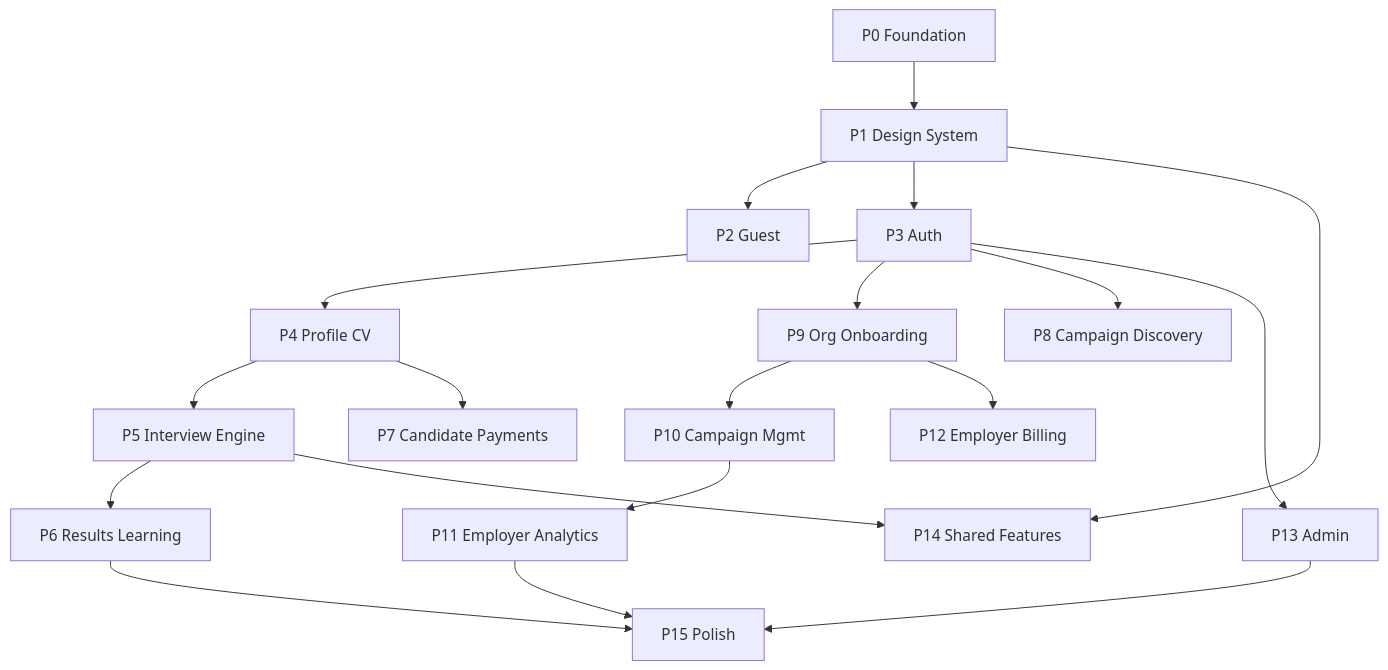
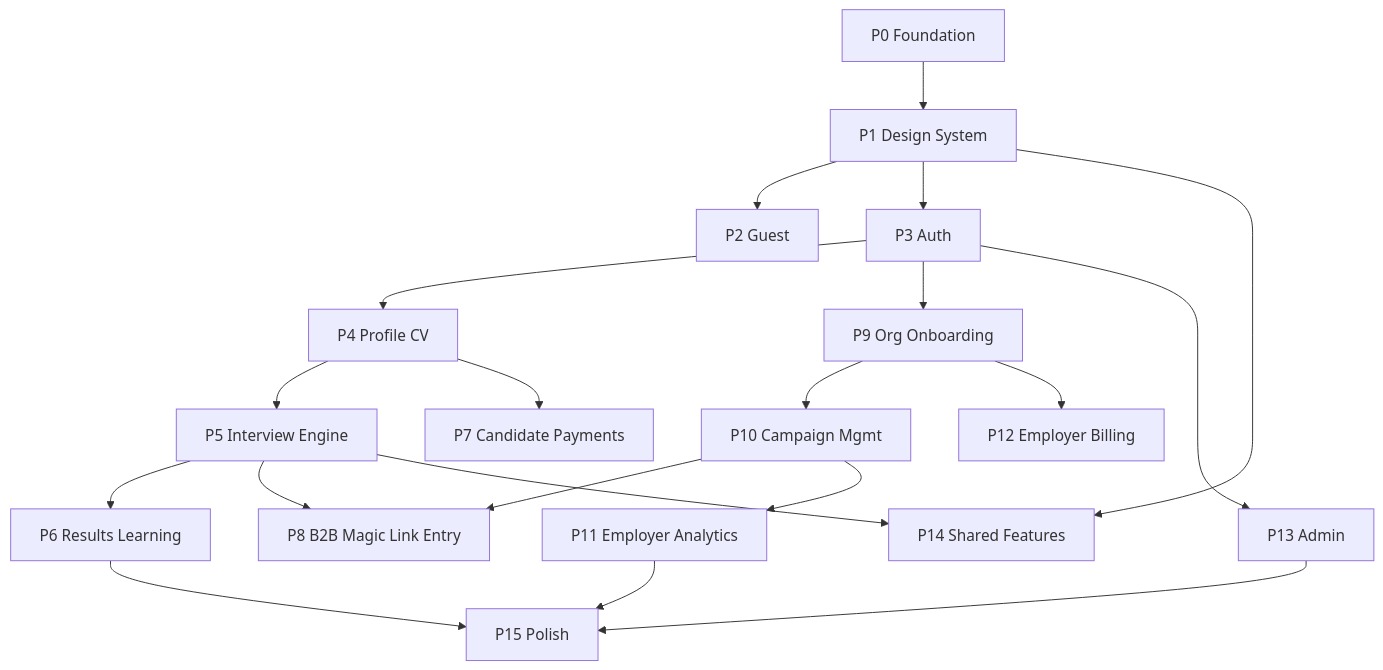
One commit to SU26SE043/isas-web-client changed the third of 3 diagrams in docs/FRONTEND_MASTER_PLAN.md. Above: the diagram before and after it, drawn with Mermaid. The commit also changed other lines of this file and 8 other files, not shown here.

````diff
--- a/docs/FRONTEND_MASTER_PLAN.md
+++ b/docs/FRONTEND_MASTER_PLAN.md
@@ -228,21 +234,22 @@
 ```mermaid
 flowchart TB
     P0[P0 Foundation] --> P1[P1 Design System]
     P1 --> P2[P2 Guest]
     P1 --> P3[P3 Auth]
     P3 --> P4[P4 Profile CV]
     P3 --> P9[P9 Org Onboarding]
     P4 --> P5[P5 Interview Engine]
     P5 --> P6[P6 Results Learning]
     P4 --> P7[P7 Candidate Payments]
-    P3 --> P8[P8 Campaign Discovery]
+    P5 --> P8[P8 B2B Magic Link Entry]
+    P10 --> P8
     P9 --> P10[P10 Campaign Mgmt]
     P10 --> P11[P11 Employer Analytics]
     P9 --> P12[P12 Employer Billing]
     P3 --> P13[P13 Admin]
     P1 --> P14[P14 Shared Features]
     P5 --> P14
     P6 --> P15[P15 Polish]
     P11 --> P15
     P13 --> P15
 ```
````
